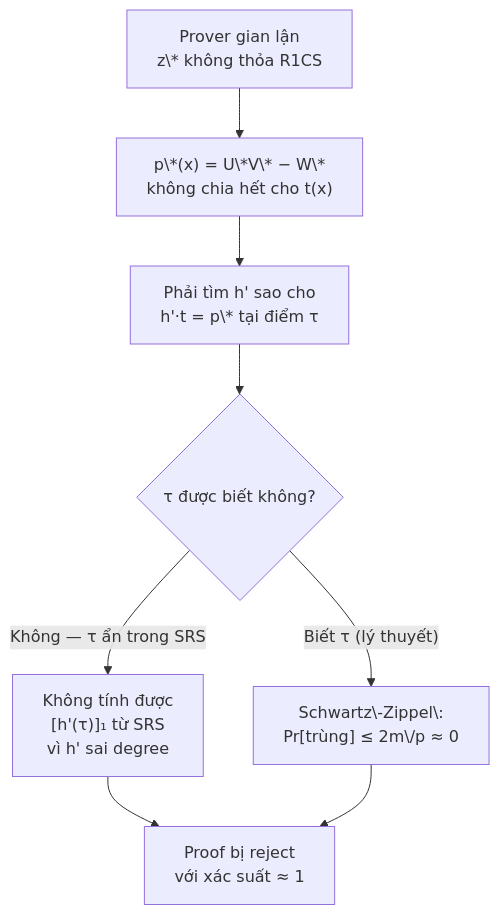
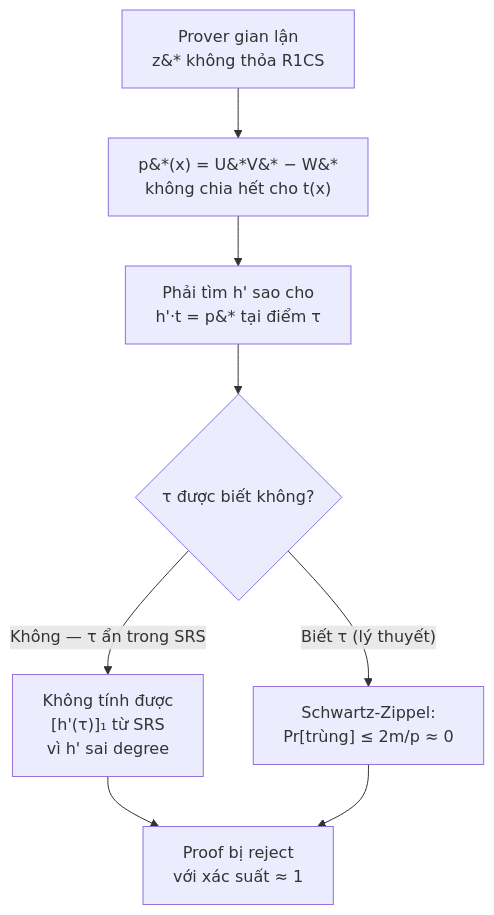
The first of 3 diagrams in content/zkverify-series/arithmetic-circuits/10-qap-satisfiability.md (nhatminh65537/kitsu-quartz), drawn with Mermaid before and after one commit. The commit also changed other lines of this file and 127 other files, not shown here.

````diff
--- a/content/zkverify-series/arithmetic-circuits/10-qap-satisfiability.md
+++ b/content/zkverify-series/arithmetic-circuits/10-qap-satisfiability.md
@@ -132,9 +132,9 @@
 ```mermaid
 flowchart TD
-    A["Prover gian lận<br>z\* không thỏa R1CS"] --> B["p\*(x) = U\*V\* − W\*<br>không chia hết cho t(x)"]
-    B --> C["Phải tìm h' sao cho<br>h'·t = p\* tại điểm τ"]
+    A["Prover gian lận<br>z&#42; không thỏa R1CS"] --> B["p&#42;(x) = U&#42;V&#42; − W&#42;<br>không chia hết cho t(x)"]
+    B --> C["Phải tìm h' sao cho<br>h'·t = p&#42; tại điểm τ"]
     C --> D{"τ được biết không?"}
     D -->|"Không — τ ẩn trong SRS"| E["Không tính được<br>[h'(τ)]₁ từ SRS<br>vì h' sai degree"]
-    D -->|"Biết τ (lý thuyết)"| F["Schwartz\-Zippel\:<br>Pr[trùng] ≤ 2m\/p ≈ 0"]
+    D -->|"Biết τ (lý thuyết)"| F["Schwartz-Zippel:<br>Pr[trùng] ≤ 2m/p ≈ 0"]
     E & F --> G["Proof bị reject<br>với xác suất ≈ 1"]
 ```
````
